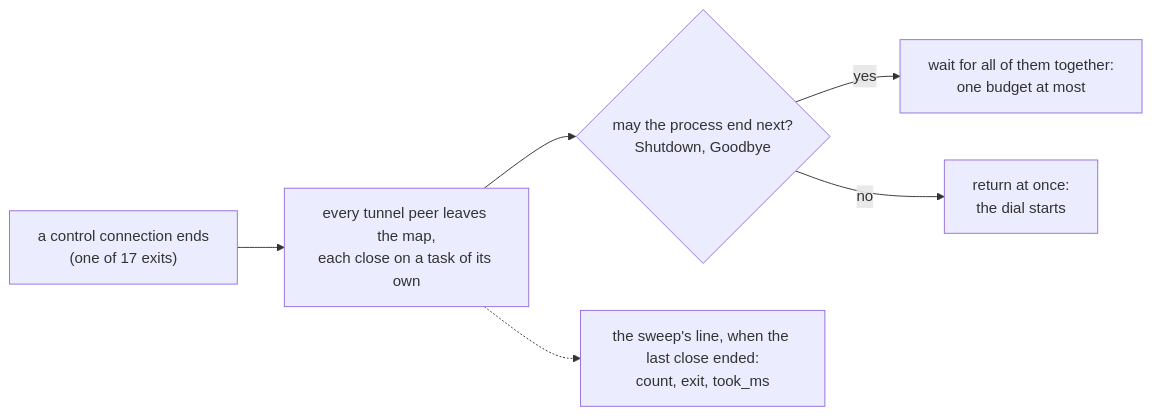
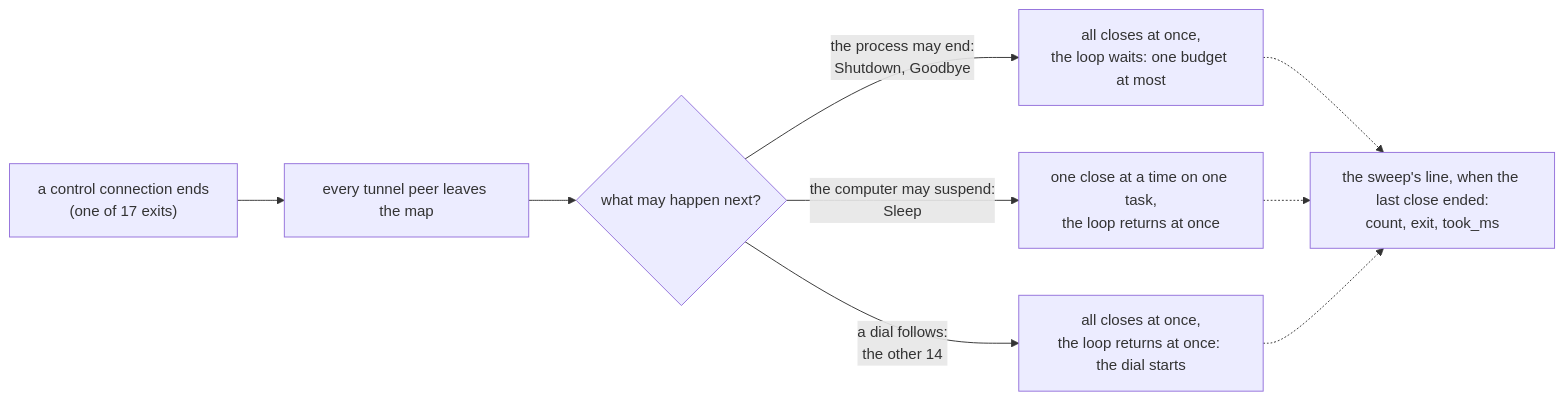
Diagram 11 of 19 in docs/tunnels.md (gjovanov/roomler-ai), drawn with Mermaid before and after one commit. The commit also changed other lines of this file and 13 other files, not shown here.

First line of the commit message:
fix(agent): FR-22 P5-0, before a sleep the tunnel closes take turns, and their lines name their org

````diff
--- a/docs/tunnels.md
+++ b/docs/tunnels.md
@@ -1007,8 +1018,11 @@
 ```mermaid
 flowchart LR
-    E["a control connection ends<br/>(one of 17 exits)"] --> S["every tunnel peer leaves the map,<br/>each close on a task of its own"]
-    S --> Q{"may the process end next?<br/>Shutdown, Goodbye"}
-    Q -- yes --> W["wait for all of them together:<br/>one budget at most"]
-    Q -- no --> D["return at once:<br/>the dial starts"]
-    S -.-> L["the sweep's line, when the last close ended:<br/>count, exit, took_ms"]
+    E["a control connection ends<br/>(one of 17 exits)"] --> S["every tunnel peer leaves the map"]
+    S --> Q{"what may happen next?"}
+    Q -- "the process may end:<br/>Shutdown, Goodbye" --> W["all closes at once,<br/>the loop waits: one budget at most"]
+    Q -- "the computer may suspend:<br/>Sleep" --> T["one close at a time on one task,<br/>the loop returns at once"]
+    Q -- "a dial follows:<br/>the other 14" --> D["all closes at once,<br/>the loop returns at once: the dial starts"]
+    W -.-> L["the sweep's line, when the last close ended:<br/>count, exit, took_ms"]
+    T -.-> L
+    D -.-> L
 ```
````
